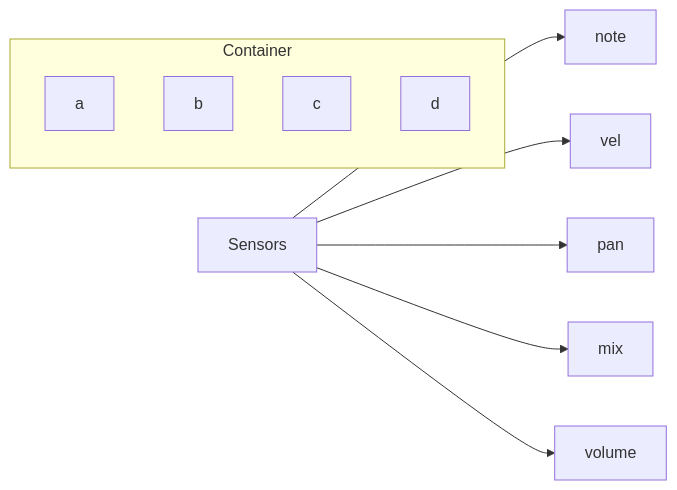
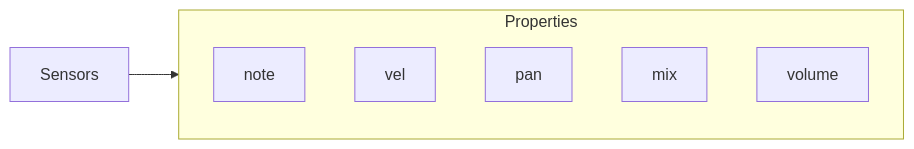
One commit to GiulianoDiLorenzo/Jacob-SuperCollier changed the second of 2 diagrams in README.md. Above: the diagram before and after it, drawn with Mermaid.

````diff
--- a/README.md
+++ b/README.md
@@ -56,17 +56,13 @@
 ```mermaid
 graph LR 
-    Sensors --> note
-    Sensors --> vel
-    Sensors --> pan
-    Sensors --> mix
-    Sensors --> volume
-
-subgraph Container
-        A[a]
-        B[b]
-        C[c]
-        D[d]
-    end
+    Sensors --> Properties
     
+    subgraph Properties
+        note
+        vel
+        pan 
+        mix
+        volume
+        end
     
 ```
````
